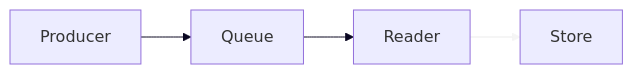
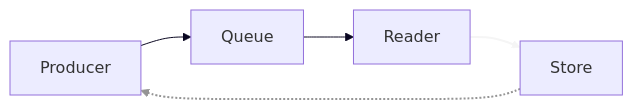
Before and after one commit to spec-kitty/doc-kitty: the fourth of 5 diagrams in example/docs/architecture/diagram-contrast-fixture.md, drawn with Mermaid. The commit also changed other lines of this file and 1 other file, not shown here.

First line of the commit message:
test(diagrams): add a mid-grey author edge the extremes rule misses (red)

````diff
--- a/example/docs/architecture/diagram-contrast-fixture.md
+++ b/example/docs/architecture/diagram-contrast-fixture.md
@@ -94,10 +95,12 @@
 ```mermaid
 %%{init: {'themeVariables': {'lineColor': '#0a0721'}}}%%
 %% title: Author-set edge colours
 %% description: A producer writes to a queue that a reader drains into a store; the edges carry colours the author set.
 flowchart LR
   producer[Producer] --> queue[Queue]
   queue --> reader[Reader]
   reader --> store[Store]
+  store -.-> producer
   linkStyle 2 stroke:#f5f5f5,stroke-width:2px
+  linkStyle 3 stroke:#949494,stroke-width:2px
 ```
````
